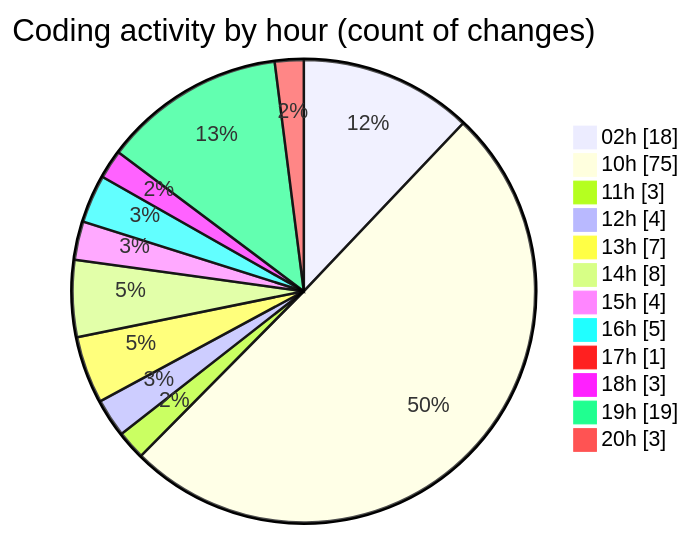
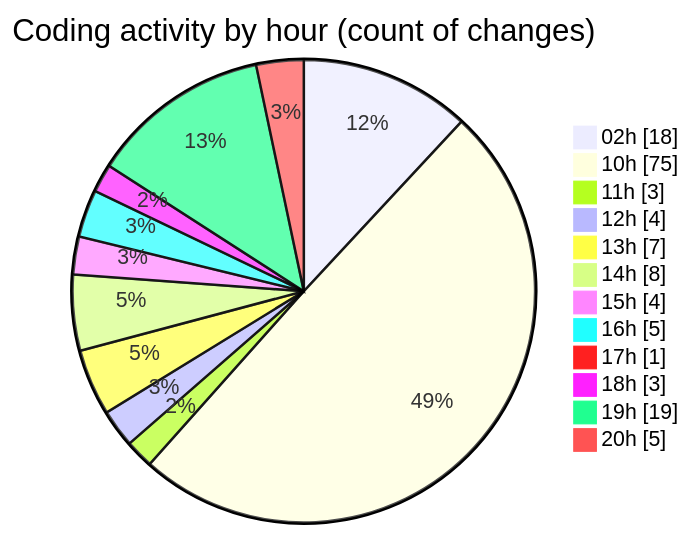
Before and after one commit to shibass792/code-tracking: the second of 2 diagrams in 2026-07-08/twenty_versions_aminor/README.md, drawn with Mermaid. The commit also changed other lines of this file and 1 other file, not shown here.

````diff
--- a/2026-07-08/twenty_versions_aminor/README.md
+++ b/2026-07-08/twenty_versions_aminor/README.md
@@ -49,16 +50,16 @@
 ```mermaid
 pie showData
 title Coding activity by hour (count of changes)
 "02h" : 18
 "10h" : 75
 "11h" : 3
 "12h" : 4
 "13h" : 7
 "14h" : 8
 "15h" : 4
 "16h" : 5
 "17h" : 1
 "18h" : 3
 "19h" : 19
-"20h" : 3
+"20h" : 5
 ```
````
